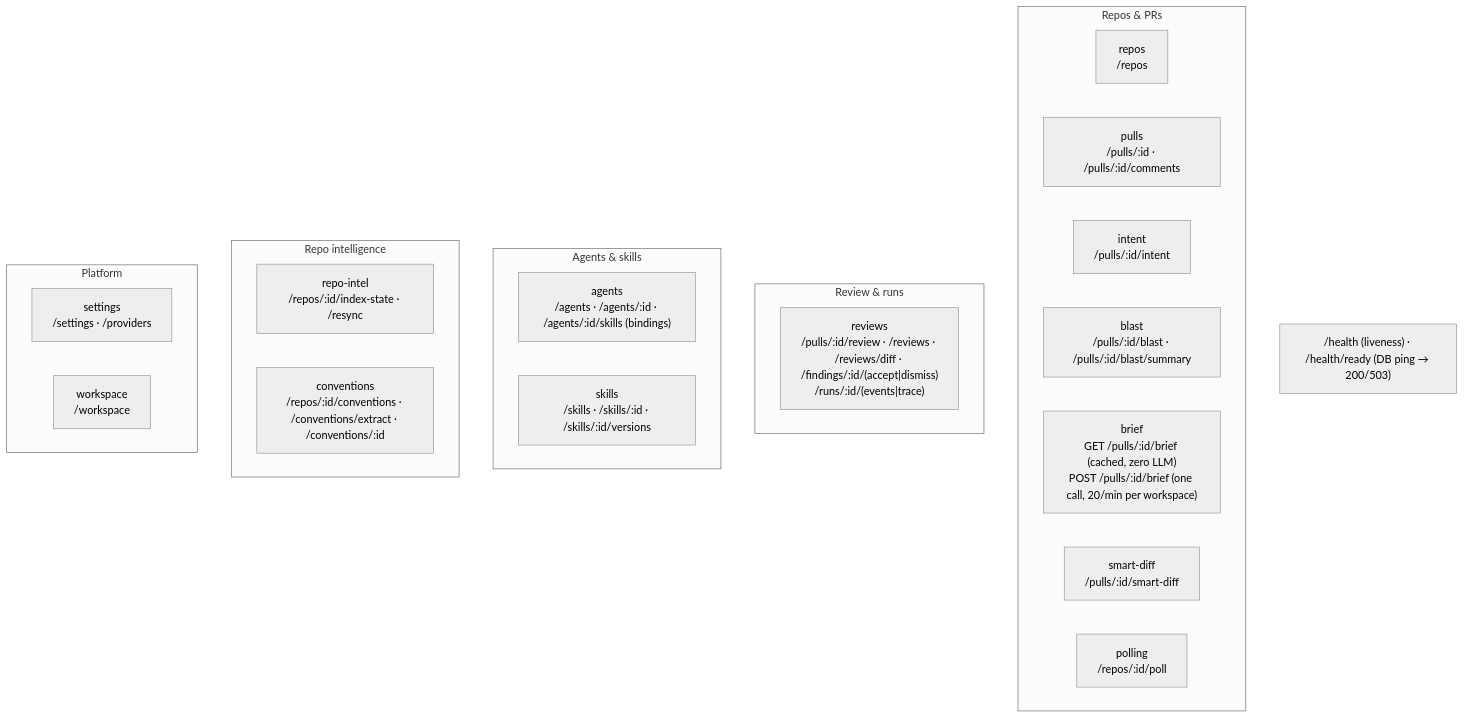
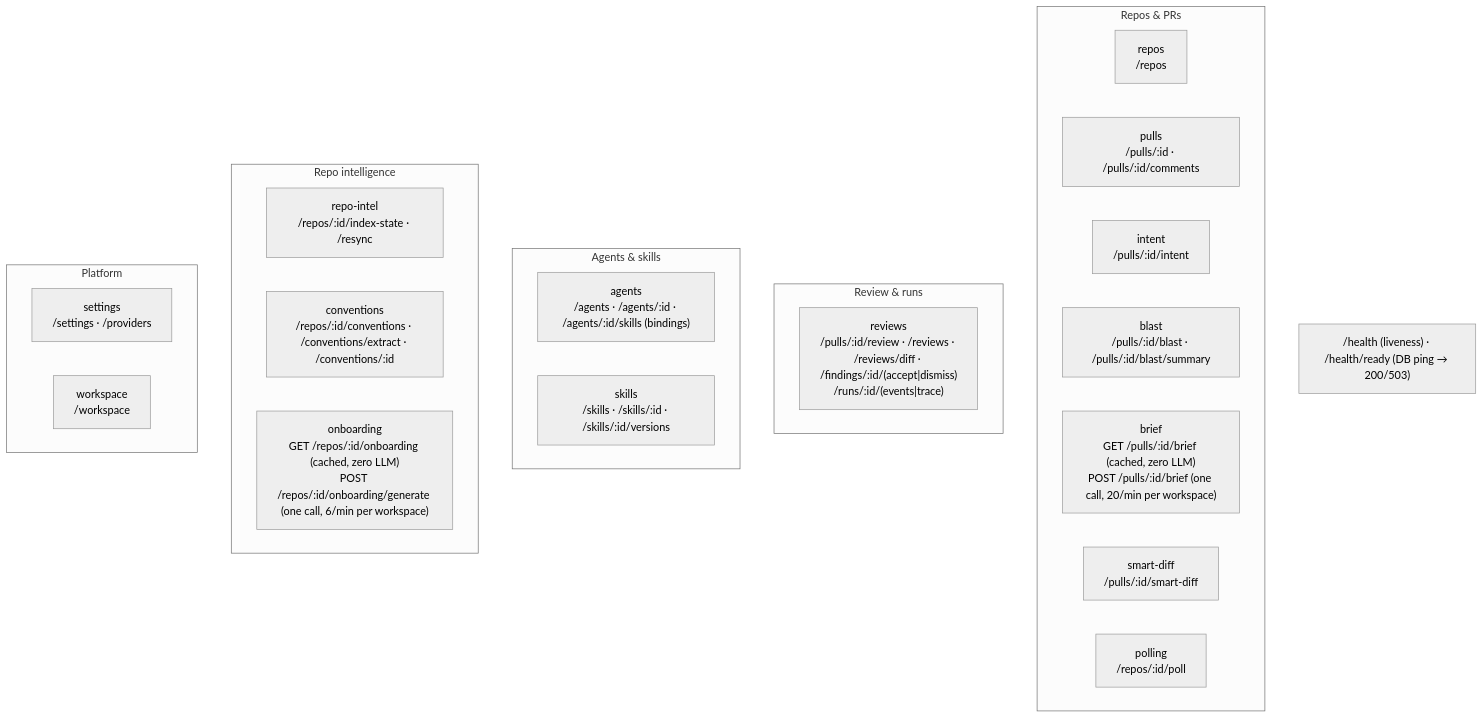
Before and after one commit to Holubinka/dev-digest: the second of 2 diagrams in server/README.md, drawn with Mermaid (neutral theme). The commit also changed 42 other files, not shown here.

````diff
--- a/server/README.md
+++ b/server/README.md
@@ -64,28 +64,29 @@
 ```mermaid
 flowchart TB
   subgraph Repos_PRs["Repos & PRs"]
     repos["repos<br/>/repos"]
     pulls["pulls<br/>/pulls/:id · /pulls/:id/comments"]
     intent["intent<br/>/pulls/:id/intent"]
     blast["blast<br/>/pulls/:id/blast · /pulls/:id/blast/summary"]
     brief["brief<br/>GET /pulls/:id/brief (cached, zero LLM)<br/>POST /pulls/:id/brief (one call, 20/min per workspace)"]
     smartDiff["smart-diff<br/>/pulls/:id/smart-diff"]
     polling["polling<br/>/repos/:id/poll"]
   end
   subgraph Review["Review & runs"]
     reviews["reviews<br/>/pulls/:id/review · /reviews · /reviews/diff · /findings/:id/(accept|dismiss)<br/>/runs/:id/(events|trace)"]
   end
   subgraph Agents["Agents & skills"]
     agents["agents<br/>/agents · /agents/:id · /agents/:id/skills (bindings)"]
     skills["skills<br/>/skills · /skills/:id · /skills/:id/versions"]
   end
   subgraph Intel["Repo intelligence"]
     repoIntel["repo-intel<br/>/repos/:id/index-state · /resync"]
     conventions["conventions<br/>/repos/:id/conventions · /conventions/extract · /conventions/:id"]
+    onboarding["onboarding<br/>GET /repos/:id/onboarding (cached, zero LLM)<br/>POST /repos/:id/onboarding/generate (one call, 6/min per workspace)"]
   end
   subgraph Platform["Platform"]
     settings["settings<br/>/settings · /providers"]
     workspace["workspace<br/>/workspace"]
   end
   HEALTH["/health (liveness) · /health/ready (DB ping → 200/503)"]
 ```
````
